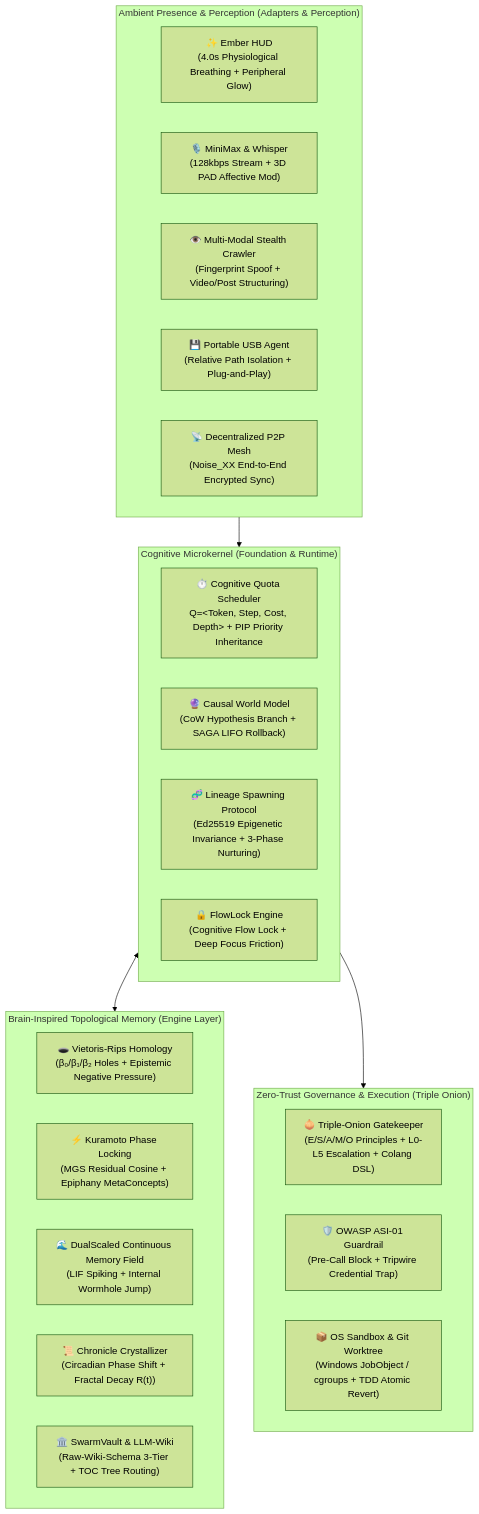
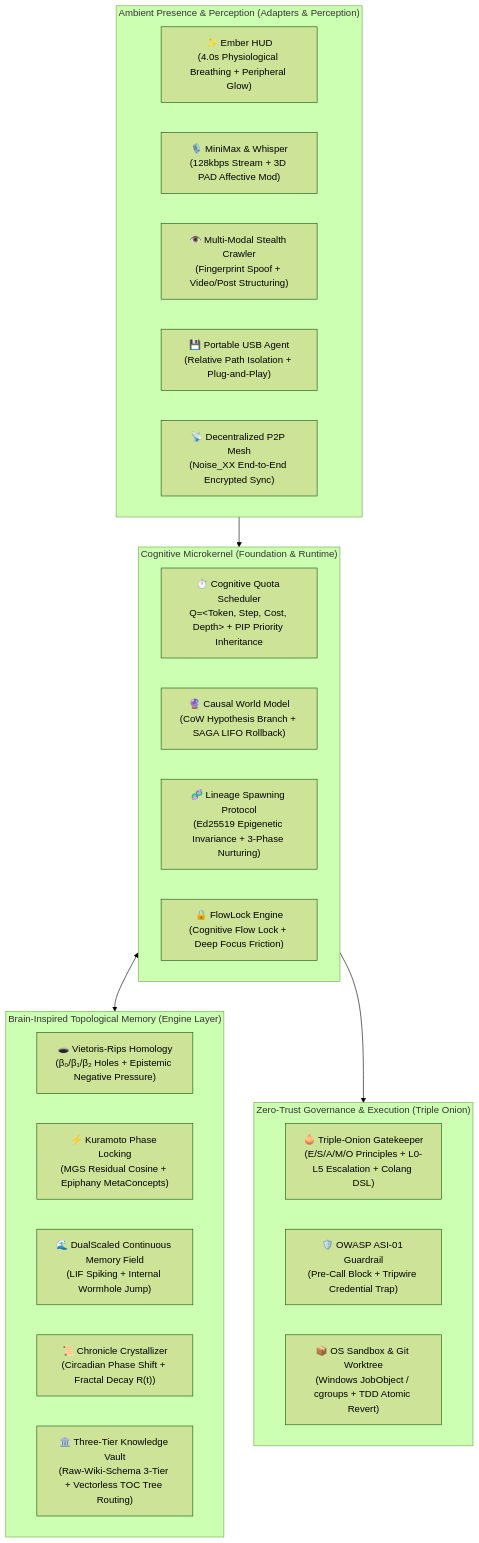
The diagram in README.backup-v2.md (Apeireth/Apeireth), drawn with Mermaid (forest theme) before and after one commit. The commit also changed other lines of this file and 12 other files, not shown here.

````diff
--- a/README.backup-v2.md
+++ b/README.backup-v2.md
@@ -85,35 +85,35 @@
 ```mermaid
 graph TB
     subgraph UI_LAYER["Ambient Presence & Perception (Adapters & Perception)"]
         HUD["✨ Ember HUD<br/>(4.0s Physiological Breathing + Peripheral Glow)"]
         VOICE["🎙️ MiniMax & Whisper<br/>(128kbps Stream + 3D PAD Affective Mod)"]
         VISION["👁️ Multi-Modal Stealth Crawler<br/>(Fingerprint Spoof + Video/Post Structuring)"]
         USB["💾 Portable USB Agent<br/>(Relative Path Isolation + Plug-and-Play)"]
         MESH["📡 Decentralized P2P Mesh<br/>(Noise_XX End-to-End Encrypted Sync)"]
     end
 
     subgraph OS_KERNEL["Cognitive Microkernel (Foundation & Runtime)"]
         SCHED["⏱️ Cognitive Quota Scheduler<br/>Q=&lt;Token, Step, Cost, Depth&gt; + PIP Priority Inheritance"]
         WORLD["🔮 Causal World Model<br/>(CoW Hypothesis Branch + SAGA LIFO Rollback)"]
         SPAWN["🧬 Lineage Spawning Protocol<br/>(Ed25519 Epigenetic Invariance + 3-Phase Nurturing)"]
         FLOW["🔒 FlowLock Engine<br/>(Cognitive Flow Lock + Deep Focus Friction)"]
     end
 
     subgraph COGNITIVE_MANIFOLD["Brain-Inspired Topological Memory (Engine Layer)"]
         BETTI["🕳️ Vietoris-Rips Homology<br/>(β₀/β₁/β₂ Holes + Epistemic Negative Pressure)"]
         KURAMOTO["⚡ Kuramoto Phase Locking<br/>(MGS Residual Cosine + Epiphany MetaConcepts)"]
         RIVER["🌊 DualScaled Continuous Memory Field<br/>(LIF Spiking + Internal Wormhole Jump)"]
         CHRONICLE["📜 Chronicle Crystallizer<br/>(Circadian Phase Shift + Fractal Decay R(t))"]
-        VAULT["🏛️ SwarmVault & LLM-Wiki<br/>(Raw-Wiki-Schema 3-Tier + TOC Tree Routing)"]
+        VAULT["🏛️ Three-Tier Knowledge Vault<br/>(Raw-Wiki-Schema 3-Tier + Vectorless TOC Tree Routing)"]
     end
 
     subgraph SECURITY_PIPELINE["Zero-Trust Governance & Execution (Triple Onion)"]
         ONION["🧅 Triple-Onion Gatekeeper<br/>(E/S/A/M/O Principles + L0-L5 Escalation + Colang DSL)"]
         GUARD["🛡️ OWASP ASI-01 Guardrail<br/>(Pre-Call Block + Tripwire Credential Trap)"]
         SANDBOX["📦 OS Sandbox & Git Worktree<br/>(Windows JobObject / cgroups + TDD Atomic Revert)"]
     end
 
     UI_LAYER --> OS_KERNEL
     OS_KERNEL <--> COGNITIVE_MANIFOLD
     OS_KERNEL --> SECURITY_PIPELINE
 ```
````
